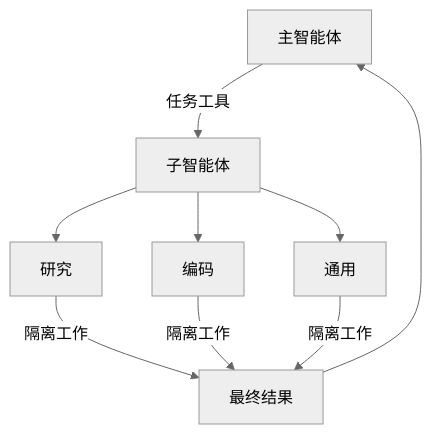
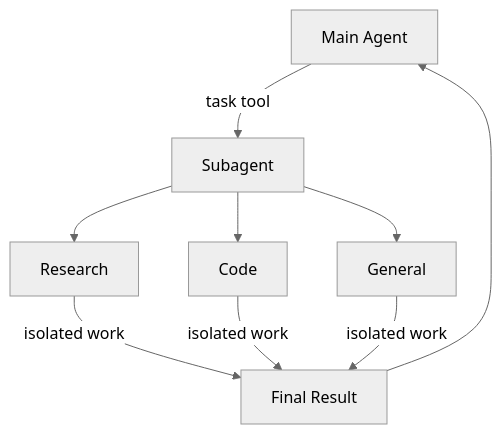
Before and after one commit to kunfan96/cndocs-langchain: the diagram in oss/javascript/deepagents/subagents.mdx, drawn with Mermaid (neutral theme). The commit also changed other lines of this file and 2611 other files, not shown here.

````diff
--- a/oss/javascript/deepagents/subagents.mdx
+++ b/oss/javascript/deepagents/subagents.mdx
@@ -10,14 +13,14 @@
 ```mermaid
 graph TB
-    Main[主智能体] --> |任务工具| Sub[子智能体]
+    Main[Main Agent] --> |task tool| Sub[Subagent]
 
-    Sub --> Research[研究]
-    Sub --> Code[编码]
-    Sub --> General[通用]
+    Sub --> Research[Research]
+    Sub --> Code[Code]
+    Sub --> General[General]
 
-    Research --> |隔离工作| Result[最终结果]
-    Code --> |隔离工作| Result
-    General --> |隔离工作| Result
+    Research --> |isolated work| Result[Final Result]
+    Code --> |isolated work| Result
+    General --> |isolated work| Result
 
     Result --> Main
 ```
````
